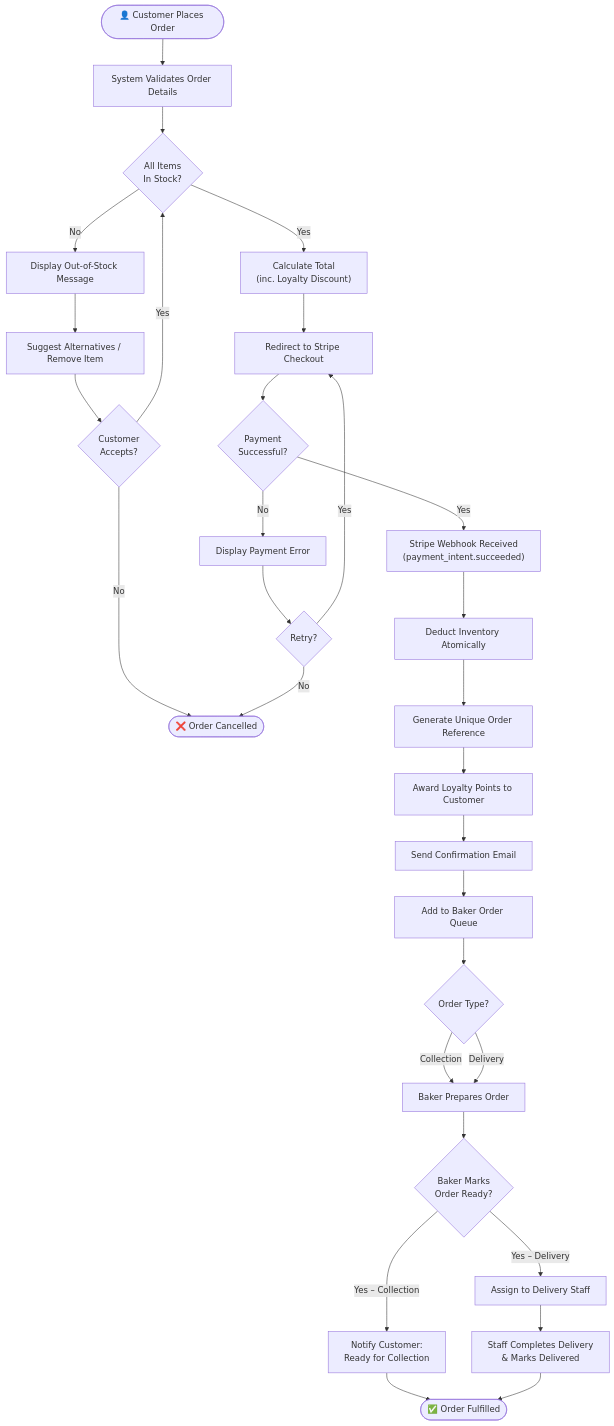
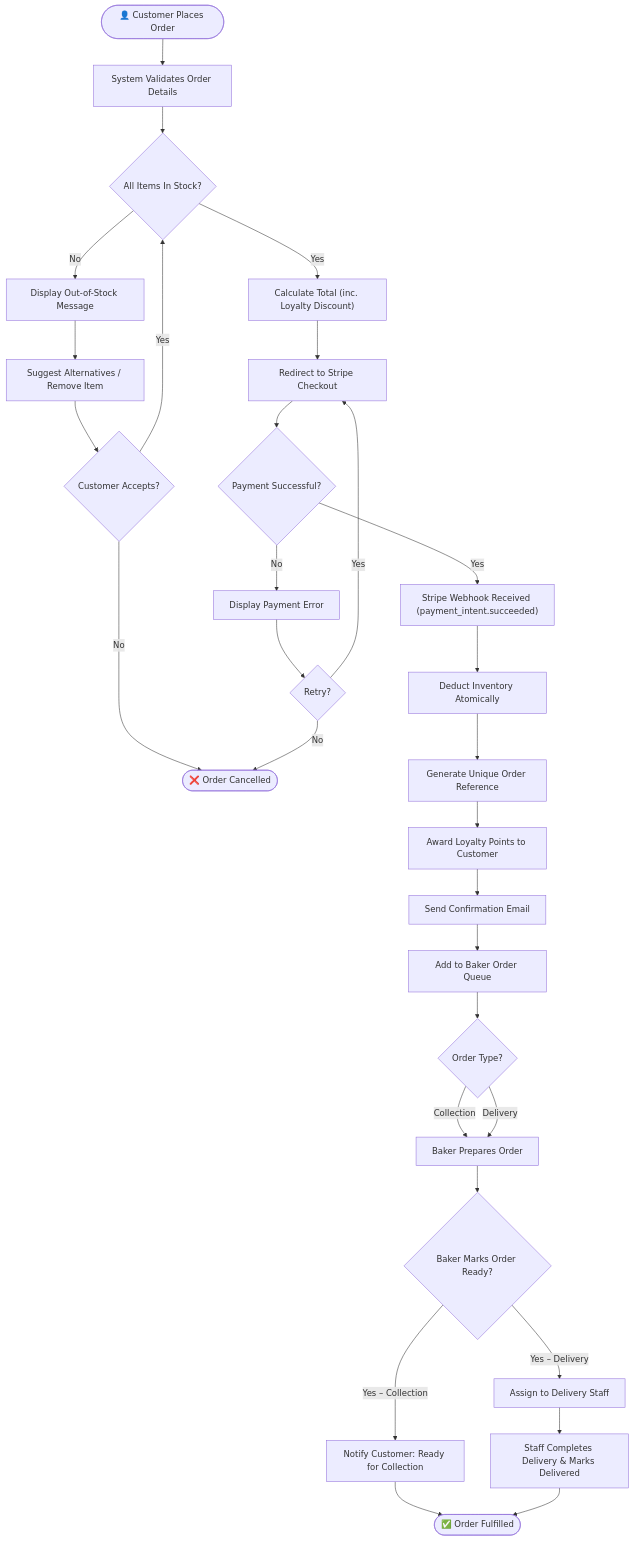
One commit to alexarlord-boop/IS501-Project changed the fifth of 5 diagrams in FreshBakes_System_Design_Report.md. Above: the diagram before and after it, drawn with Mermaid. The commit also changed other lines of this file, not shown here.

````diff
--- a/FreshBakes_System_Design_Report.md
+++ b/FreshBakes_System_Design_Report.md
@@ -583,39 +571,39 @@
 ```mermaid
 flowchart TD
     A(["👤 Customer Places Order"]) --> B["System Validates Order Details"]
-    B --> C{"All Items\nIn Stock?"}
+    B --> C{"All Items In Stock?"}
 
     C -->|No| D["Display Out-of-Stock Message"]
     D --> E["Suggest Alternatives / Remove Item"]
-    E --> F{"Customer\nAccepts?"}
+    E --> F{"Customer Accepts?"}
     F -->|No| G(["❌ Order Cancelled"])
     F -->|Yes| C
 
-    C -->|Yes| H["Calculate Total\n(inc. Loyalty Discount)"]
+    C -->|Yes| H["Calculate Total (inc. Loyalty Discount)"]
     H --> I["Redirect to Stripe Checkout"]
-    I --> J{"Payment\nSuccessful?"}
+    I --> J{"Payment Successful?"}
 
     J -->|No| K["Display Payment Error"]
     K --> L{"Retry?"}
     L -->|Yes| I
     L -->|No| G
 
-    J -->|Yes| M["Stripe Webhook Received\n(payment_intent.succeeded)"]
+    J -->|Yes| M["Stripe Webhook Received (payment_intent.succeeded)"]
     M --> N["Deduct Inventory Atomically"]
     N --> O["Generate Unique Order Reference"]
     O --> P["Award Loyalty Points to Customer"]
     P --> Q["Send Confirmation Email"]
     Q --> R["Add to Baker Order Queue"]
 
     R --> S{"Order Type?"}
     S -->|"Collection"| T["Baker Prepares Order"]
     S -->|"Delivery"| T
 
-    T --> U{"Baker Marks\nOrder Ready?"}
-    U -->|"Yes – Collection"| V["Notify Customer:\nReady for Collection"]
+    T --> U{"Baker Marks Order Ready?"}
+    U -->|"Yes – Collection"| V["Notify Customer: Ready for Collection"]
     U -->|"Yes – Delivery"| W["Assign to Delivery Staff"]
 
-    W --> X["Staff Completes Delivery\n& Marks Delivered"]
+    W --> X["Staff Completes Delivery & Marks Delivered"]
     V --> Y(["✅ Order Fulfilled"])
     X --> Y
 ```
````
